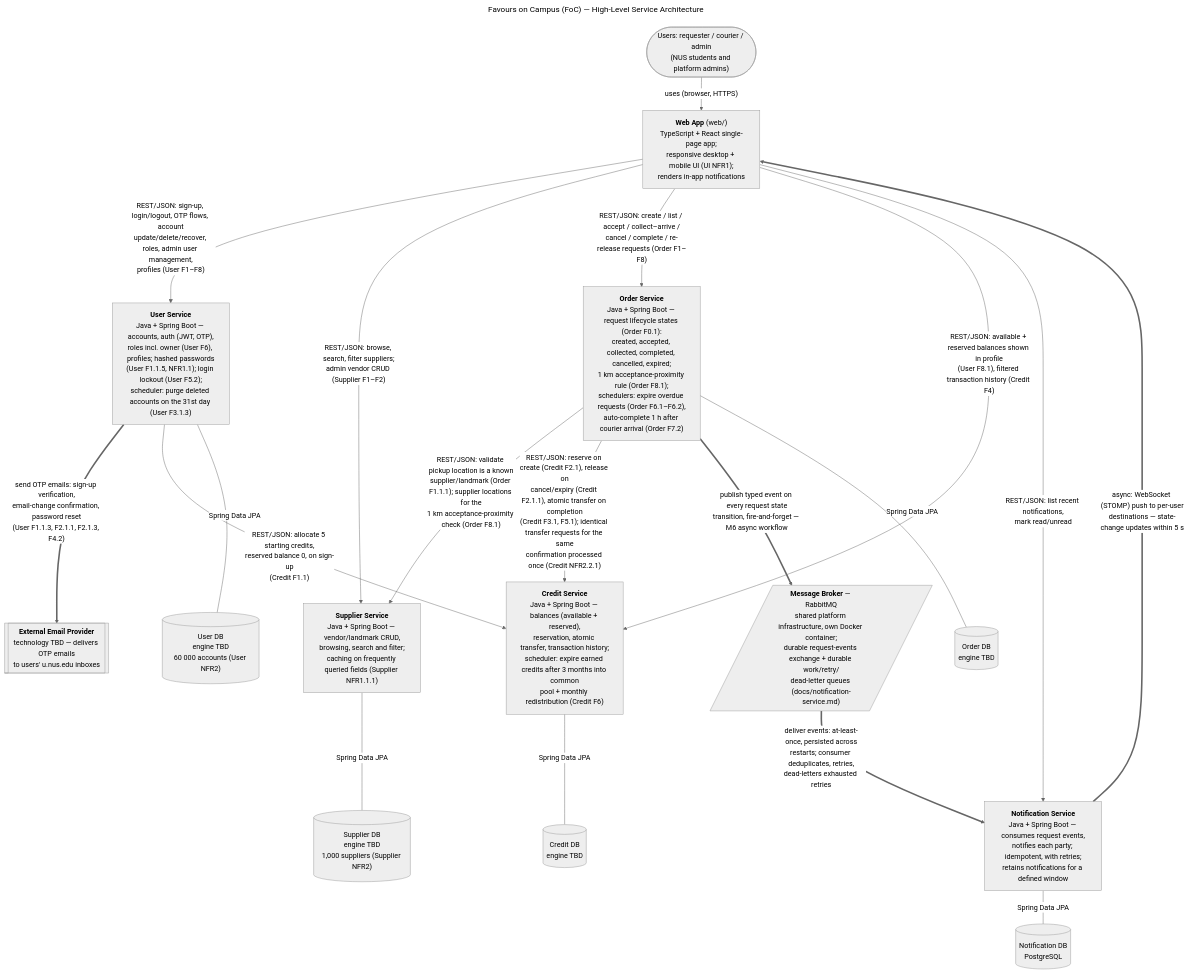
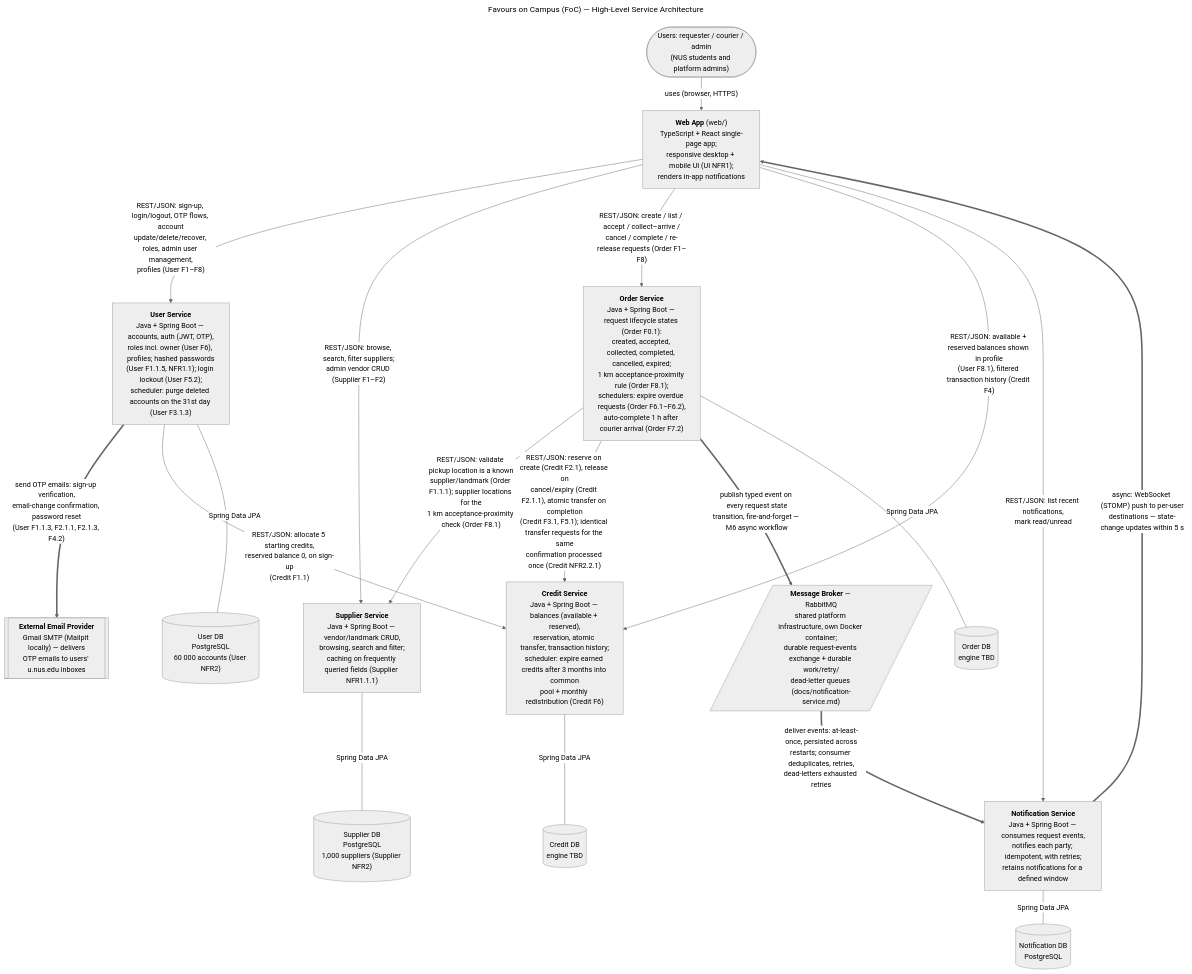
One commit to AY2627S1-CS3219-P23/foc changed the diagram in docs/architecture.mmd. Above: the diagram before and after it, drawn with Mermaid (neutral theme). The commit also changed 2 other files, not shown here.

Commit message:
Strike resolved architecture TBDs: OTP email provider, User/Supplier DB engines
Gmail SMTP (Mailpit locally) recorded at the User Service → Email
Provider edge per the #88 decision; User/Supplier DB engines marked
PostgreSQL, matching compose since #85 and the supplier scaffolding.

```diff
--- a/docs/architecture.mmd
+++ b/docs/architecture.mmd
@@ -1,54 +1,59 @@
 ---
 title: "Favours on Campus (FoC) — High-Level Service Architecture"
 ---
 %% AI-assisted (CS3219 AI Usage Policy disclosure):
 %% Tool: Claude Code (Fable 5), 2026-09-14 – 2026-09-21; revised
 %% 2026-09-27 (Claude Code, Sonnet 5).
 %% Scope: transcribed the team-decided architecture (AGENTS.md service
 %% boundaries + D1 requirements) into this diagram and kept it aligned
 %% with the backlog and the team's design decisions (recorded in
 %% docs/architecture.md and docs/notification-service.md). No design
 %% decisions were made by the tool; open decisions are marked "TBD".
 %% 2026-09-27: Supplier DB capacity label updated 100,000 -> 1,000 to
 %% match the team's revised NFR2.1 (docs/supplier-service.md, D7).
+%% 2026-09-29 (Claude Code, Fable 5), issue #88: three resolved TBDs
+%% struck — email provider (Gmail SMTP + local Mailpit, chosen by
+%% Leong Wei Zhi via options Q&A in the issue #88 PR) and the User/
+%% Supplier DB engines (PostgreSQL, decided with issue #85 and the
+%% supplier scaffolding). Details in docs/architecture.md.
 %% Reviewed by: Leong Wei Zhi (via pull request).
 %% Legend and dependency table: see docs/architecture.md
 flowchart TB
     USERS(["Users: requester / courier / admin<br/>(NUS students and platform admins)"])
     WEB["<b>Web App</b> (web/)<br/>TypeScript + React single-page app;<br/>responsive desktop + mobile UI (UI NFR1);<br/>renders in-app notifications"]
 
     USERS -->|"uses (browser, HTTPS)"| WEB
 
     USER_SVC["<b>User Service</b><br/>Java + Spring Boot — accounts, auth (JWT, OTP),<br/>roles incl. owner (User F6), profiles; hashed passwords<br/>(User F1.1.5, NFR1.1); login lockout (User F5.2);<br/>scheduler: purge deleted accounts on the 31st day (User F3.1.3)"]
     SUP_SVC["<b>Supplier Service</b><br/>Java + Spring Boot — vendor/landmark CRUD,<br/>browsing, search and filter;<br/>caching on frequently queried fields (Supplier NFR1.1.1)"]
     ORDER_SVC["<b>Order Service</b><br/>Java + Spring Boot — request lifecycle states (Order F0.1):<br/>created, accepted, collected, completed, cancelled, expired;<br/>1 km acceptance-proximity rule (Order F8.1);<br/>schedulers: expire overdue requests (Order F6.1–F6.2),<br/>auto-complete 1 h after courier arrival (Order F7.2)"]
     CREDIT_SVC["<b>Credit Service</b><br/>Java + Spring Boot — balances (available + reserved),<br/>reservation, atomic transfer, transaction history;<br/>scheduler: expire earned credits after 3 months into common<br/>pool + monthly redistribution (Credit F6)"]
     NOTIF_SVC["<b>Notification Service</b><br/>Java + Spring Boot — consumes request events,<br/>notifies each party; idempotent, with retries;<br/>retains notifications for a defined window"]
     BROKER[/"<b>Message Broker</b> — RabbitMQ<br/>shared platform infrastructure, own Docker container;<br/>durable request-events exchange + durable work/retry/<br/>dead-letter queues (docs/notification-service.md)"/]
-    EMAIL[["<b>External Email Provider</b><br/>technology TBD — delivers OTP emails<br/>to users' u.nus.edu inboxes"]]
+    EMAIL[["<b>External Email Provider</b><br/>Gmail SMTP (Mailpit locally) — delivers<br/>OTP emails to users' u.nus.edu inboxes"]]
 
     WEB -->|"REST/JSON: sign-up, login/logout, OTP flows, account<br/>update/delete/recover, roles, admin user management,<br/>profiles (User F1–F8)"| USER_SVC
     WEB -->|"REST/JSON: browse, search, filter suppliers;<br/>admin vendor CRUD (Supplier F1–F2)"| SUP_SVC
     WEB -->|"REST/JSON: create / list / accept / collect–arrive /<br/>cancel / complete / re-release requests (Order F1–F8)"| ORDER_SVC
     WEB -->|"REST/JSON: available + reserved balances shown in profile<br/>(User F8.1), filtered transaction history (Credit F4)"| CREDIT_SVC
     WEB -->|"REST/JSON: list recent notifications,<br/>mark read/unread"| NOTIF_SVC
     NOTIF_SVC ==>|"async: WebSocket (STOMP) push to per-user<br/>destinations — state-change updates within 5 s"| WEB
 
     USER_SVC ==>|"send OTP emails: sign-up verification,<br/>email-change confirmation, password reset<br/>(User F1.1.3, F2.1.1, F2.1.3, F4.2)"| EMAIL
     USER_SVC -->|"REST/JSON: allocate 5 starting credits,<br/>reserved balance 0, on sign-up<br/>(Credit F1.1)"| CREDIT_SVC
     ORDER_SVC -->|"REST/JSON: validate pickup location is a known<br/>supplier/landmark (Order F1.1.1); supplier locations for the<br/>1 km acceptance-proximity check (Order F8.1)"| SUP_SVC
     ORDER_SVC -->|"REST/JSON: reserve on create (Credit F2.1), release on<br/>cancel/expiry (Credit F2.1.1), atomic transfer on completion<br/>(Credit F3.1, F5.1); identical transfer requests for the same<br/>confirmation processed once (Credit NFR2.2.1)"| CREDIT_SVC
     ORDER_SVC ==>|"publish typed event on every request state<br/>transition, fire-and-forget — M6 async workflow"| BROKER
     BROKER ==>|"deliver events: at-least-once, persisted across<br/>restarts; consumer deduplicates, retries,<br/>dead-letters exhausted retries"| NOTIF_SVC
 
-    USER_DB[("User DB<br/>engine TBD<br/>60 000 accounts (User NFR2)")]
-    SUP_DB[("Supplier DB<br/>engine TBD<br/>1,000 suppliers (Supplier NFR2)")]
+    USER_DB[("User DB<br/>PostgreSQL<br/>60 000 accounts (User NFR2)")]
+    SUP_DB[("Supplier DB<br/>PostgreSQL<br/>1,000 suppliers (Supplier NFR2)")]
     ORDER_DB[("Order DB<br/>engine TBD")]
     CREDIT_DB[("Credit DB<br/>engine TBD")]
     NOTIF_DB[("Notification DB<br/>PostgreSQL")]
 
     USER_SVC ---|"Spring Data JPA"| USER_DB
     SUP_SVC ---|"Spring Data JPA"| SUP_DB
     ORDER_SVC ---|"Spring Data JPA"| ORDER_DB
     CREDIT_SVC ---|"Spring Data JPA"| CREDIT_DB
     NOTIF_SVC ---|"Spring Data JPA"| NOTIF_DB
```
